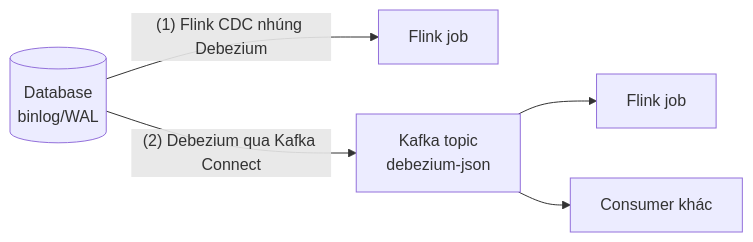
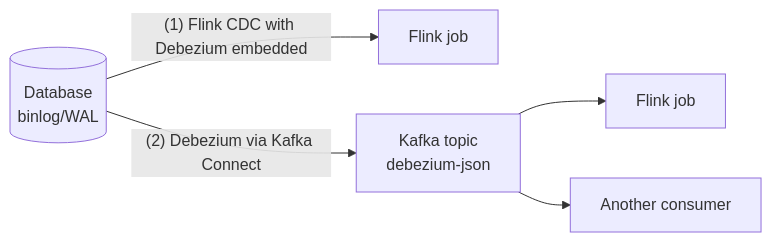
One commit to vuhoang001/knowledge changed the second of 2 diagrams in i18n/en/docusaurus-plugin-content-docs/current/etl/flink/skills/connectors.md. Above: the diagram before and after it, drawn with Mermaid. The commit also changed other lines of this file and 21 other files, not shown here.

````diff
--- a/i18n/en/docusaurus-plugin-content-docs/current/etl/flink/skills/connectors.md
+++ b/i18n/en/docusaurus-plugin-content-docs/current/etl/flink/skills/connectors.md
@@ -157,8 +156,8 @@
 ```mermaid
 graph LR
     DB[(Database<br/>binlog/WAL)]
-    DB -->|"(1) Flink CDC nhúng Debezium"| F1[Flink job]
-    DB -->|"(2) Debezium qua Kafka Connect"| T["Kafka topic<br/>debezium-json"]
+    DB -->|"(1) Flink CDC with Debezium embedded"| F1[Flink job]
+    DB -->|"(2) Debezium via Kafka Connect"| T["Kafka topic<br/>debezium-json"]
     T --> F2[Flink job]
-    T --> X[Consumer khác]
+    T --> X[Another consumer]
 ```
````
